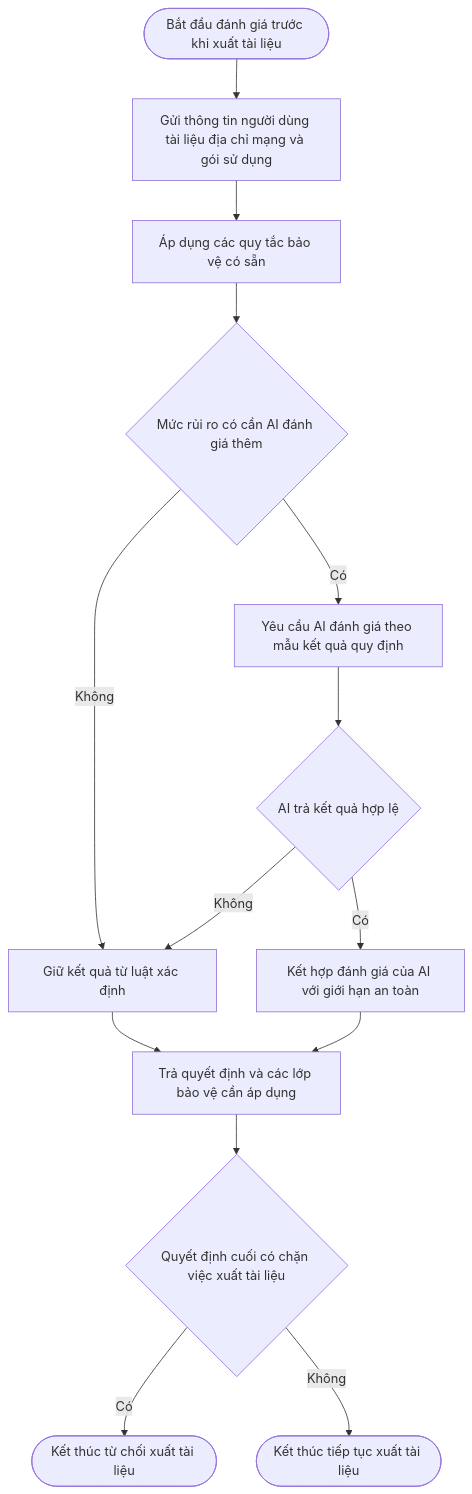
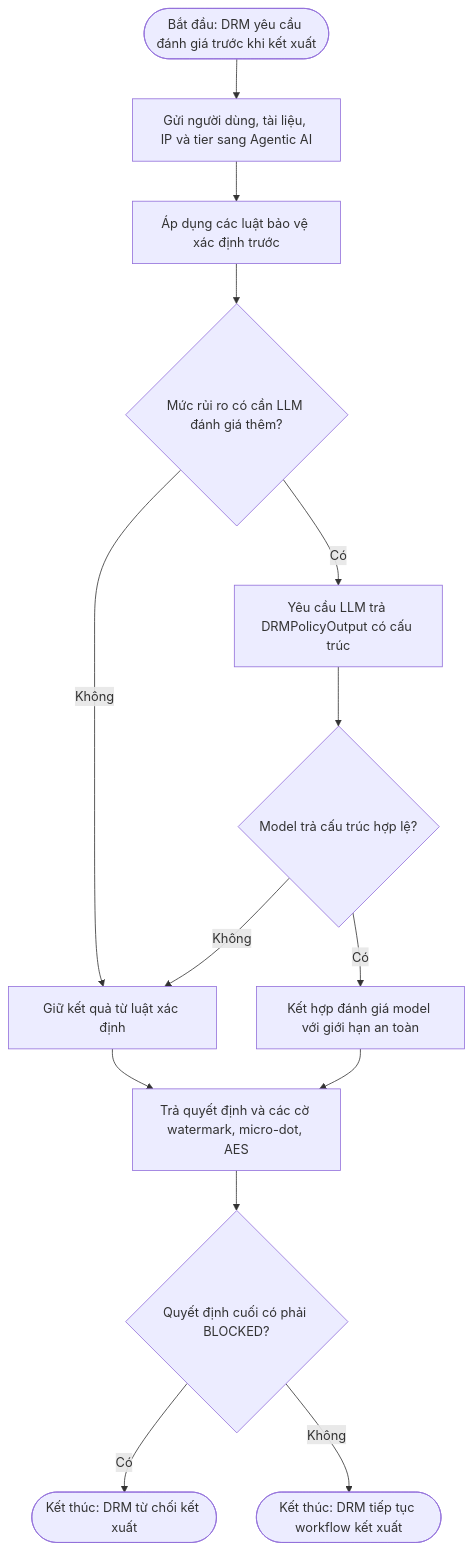
One commit to MinTruqday/dl changed the tenth of 10 diagrams in drm_full_workflow_guide.md. Above: the diagram before and after it, drawn with Mermaid. The commit also changed other lines of this file and 78 other files, not shown here.

````diff
--- a/drm_full_workflow_guide.md
+++ b/drm_full_workflow_guide.md
@@ -322,16 +230,16 @@
 ```mermaid
 flowchart TD
-    Start([Bắt đầu đánh giá trước khi xuất tài liệu]) --> SendContext[Gửi thông tin người dùng tài liệu địa chỉ mạng và gói sử dụng]
-    SendContext --> ApplyRules[Áp dụng các quy tắc bảo vệ có sẵn]
-    ApplyRules --> NeedAI{Mức rủi ro có cần AI đánh giá thêm}
+    Start([Bắt đầu: DRM yêu cầu đánh giá trước khi kết xuất]) --> SendContext[Gửi người dùng, tài liệu, IP và tier sang Agentic AI]
+    SendContext --> ApplyRules[Áp dụng các luật bảo vệ xác định trước]
+    ApplyRules --> NeedAI{Mức rủi ro có cần LLM đánh giá thêm?}
     NeedAI -->|Không| ReturnRules[Giữ kết quả từ luật xác định]
-    NeedAI -->|Có| AskModel[Yêu cầu AI đánh giá theo mẫu kết quả quy định]
-    AskModel --> ValidOutput{AI trả kết quả hợp lệ}
+    NeedAI -->|Có| AskModel[Yêu cầu LLM trả DRMPolicyOutput có cấu trúc]
+    AskModel --> ValidOutput{Model trả cấu trúc hợp lệ?}
     ValidOutput -->|Không| ReturnRules
-    ValidOutput -->|Có| MergeDecision[Kết hợp đánh giá của AI với giới hạn an toàn]
-    ReturnRules --> ReturnPolicy[Trả quyết định và các lớp bảo vệ cần áp dụng]
+    ValidOutput -->|Có| MergeDecision[Kết hợp đánh giá model với giới hạn an toàn]
+    ReturnRules --> ReturnPolicy[Trả quyết định và các cờ watermark, micro-dot, AES]
     MergeDecision --> ReturnPolicy
-    ReturnPolicy --> IsBlocked{Quyết định cuối có chặn việc xuất tài liệu}
-    IsBlocked -->|Có| Block([Kết thúc từ chối xuất tài liệu])
-    IsBlocked -->|Không| Continue([Kết thúc tiếp tục xuất tài liệu])
+    ReturnPolicy --> IsBlocked{Quyết định cuối có phải BLOCKED?}
+    IsBlocked -->|Có| Block([Kết thúc: DRM từ chối kết xuất])
+    IsBlocked -->|Không| Continue([Kết thúc: DRM tiếp tục workflow kết xuất])
 ```
````
